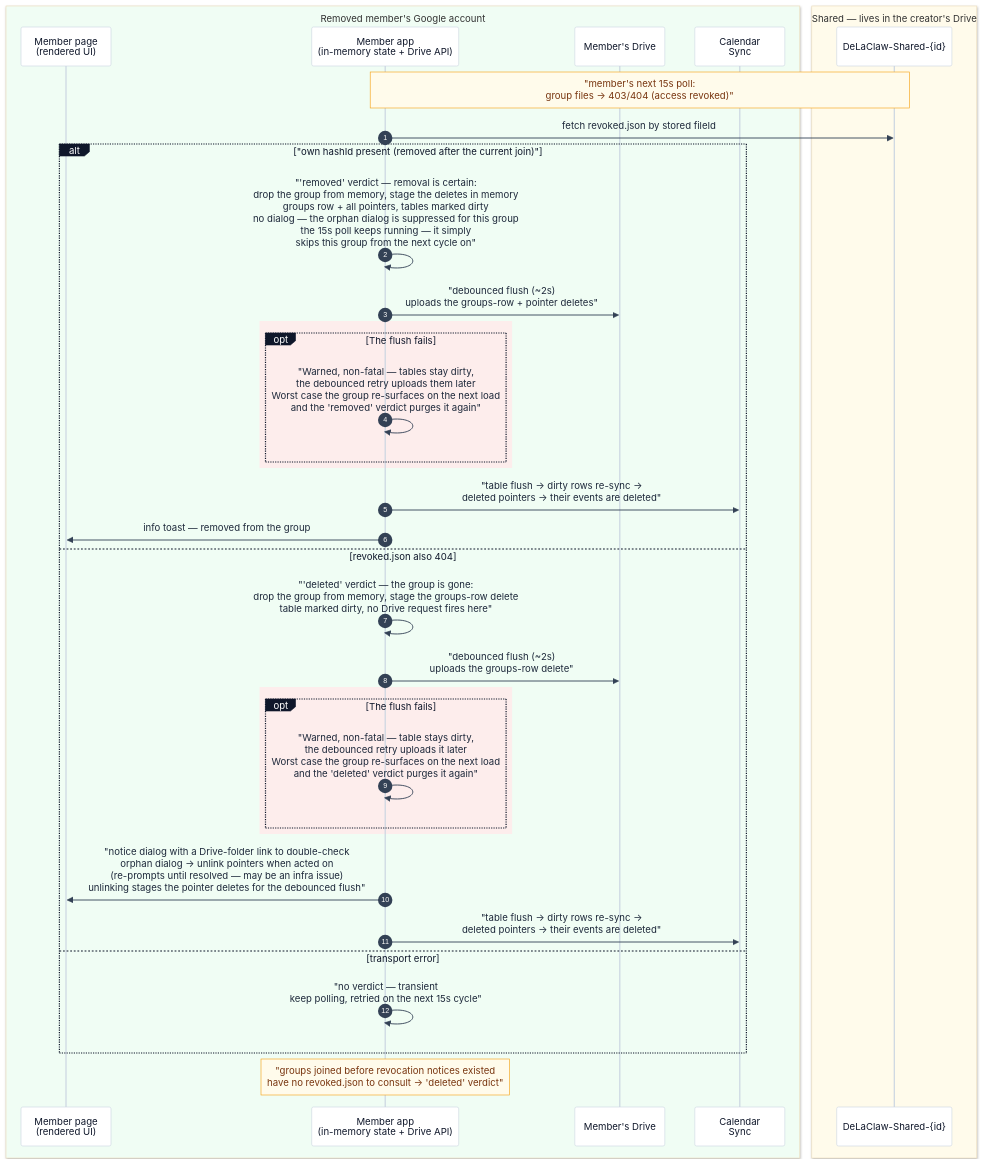
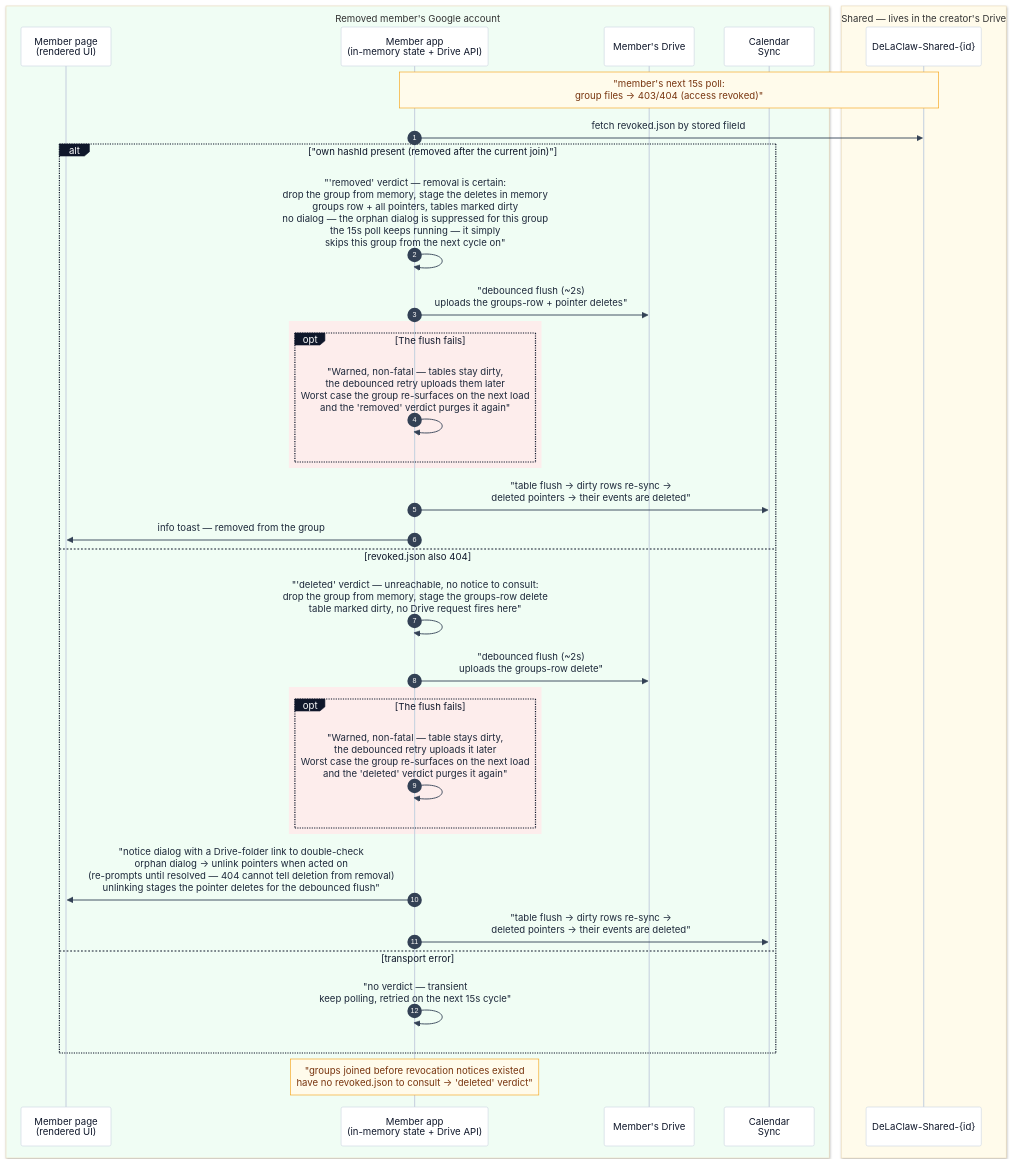
Diagram 11 of 14 in docs-site/sharing.md (AntGro/DeLaClaw), drawn with Mermaid before and after one commit. The commit also changed other lines of this file and 7 other files, not shown here.

First line of the commit message:
docs(sharing): 'deleted' verdict is ambiguous, not definitive

````diff
--- a/docs-site/sharing.md
+++ b/docs-site/sharing.md
@@ -474,41 +474,41 @@
 ```mermaid
 %%{init: {'theme': 'base', 'themeVariables': {'background': '#fbfaf8', 'actorBkg': '#ffffff', 'actorBorder': '#cbd5e1', 'actorTextColor': '#0f172a', 'actorLineColor': '#cbd5e1', 'signalColor': '#334155', 'signalTextColor': '#1e293b', 'noteBkgColor': '#fffbeb', 'noteBorderColor': '#f59e0b', 'noteTextColor': '#78350f', 'labelBoxBkgColor': '#0f172a', 'labelBoxBorderColor': '#0f172a', 'labelTextColor': '#ffffff'}}}%%
 sequenceDiagram
     autonumber
     box rgb(240,253,244) Removed member's Google account
     participant MP as Member page<br/>(rendered UI)
     participant MA as Member app<br/>(in-memory state + Drive API)
     participant MD as Member's Drive
     participant CAL as Calendar<br/>Sync
     end
     box rgb(255,251,235) Shared — lives in the creator's Drive
     participant SF as DeLaClaw-Shared-{id}
     end
 
     Note over MA,SF: "member's next 15s poll:<br/>group files → 403/404 (access revoked)"
     MA->>SF: fetch revoked.json by stored fileId
     alt "own hashId present (removed after the current join)"
     MA->>MA: "'removed' verdict — removal is certain:<br/>drop the group from memory, stage the deletes in memory<br/>groups row + all pointers, tables marked dirty<br/>no dialog — the orphan dialog is suppressed for this group<br/>the 15s poll keeps running — it simply<br/>skips this group from the next cycle on"
     MA->>MD: "debounced flush (~2s)<br/>uploads the groups-row + pointer deletes"
     rect rgb(253, 237, 236)
     opt The flush fails
         MA->>MA: "Warned, non-fatal — tables stay dirty,<br/>the debounced retry uploads them later<br/>Worst case the group re-surfaces on the next load<br/>and the 'removed' verdict purges it again"
     end
     end
     MA->>CAL: "table flush → dirty rows re-sync →<br/>deleted pointers → their events are deleted"
     MA->>MP: info toast — removed from the group
     else revoked.json also 404
-    MA->>MA: "'deleted' verdict — the group is gone:<br/>drop the group from memory, stage the groups-row delete<br/>table marked dirty, no Drive request fires here"
+    MA->>MA: "'deleted' verdict — unreachable, no notice to consult:<br/>drop the group from memory, stage the groups-row delete<br/>table marked dirty, no Drive request fires here"
     MA->>MD: "debounced flush (~2s)<br/>uploads the groups-row delete"
     rect rgb(253, 237, 236)
     opt The flush fails
         MA->>MA: "Warned, non-fatal — table stays dirty,<br/>the debounced retry uploads it later<br/>Worst case the group re-surfaces on the next load<br/>and the 'deleted' verdict purges it again"
     end
     end
-    MA->>MP: "notice dialog with a Drive-folder link to double-check<br/>orphan dialog → unlink pointers when acted on<br/>(re-prompts until resolved — may be an infra issue)<br/>unlinking stages the pointer deletes for the debounced flush"
+    MA->>MP: "notice dialog with a Drive-folder link to double-check<br/>orphan dialog → unlink pointers when acted on<br/>(re-prompts until resolved — 404 cannot tell deletion from removal)<br/>unlinking stages the pointer deletes for the debounced flush"
     MA->>CAL: "table flush → dirty rows re-sync →<br/>deleted pointers → their events are deleted"
     else transport error
     MA->>MA: "no verdict — transient<br/>keep polling, retried on the next 15s cycle"
     end
     Note over MA: "groups joined before revocation notices existed<br/>have no revoked.json to consult → 'deleted' verdict"
 ```
````
